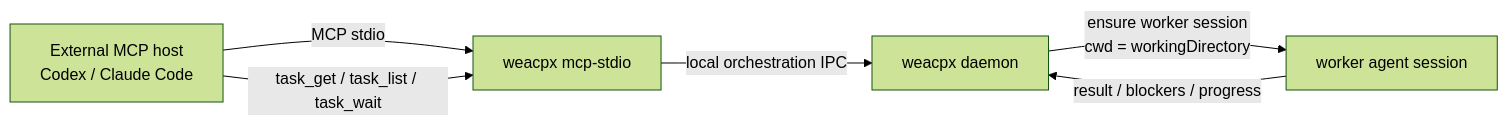
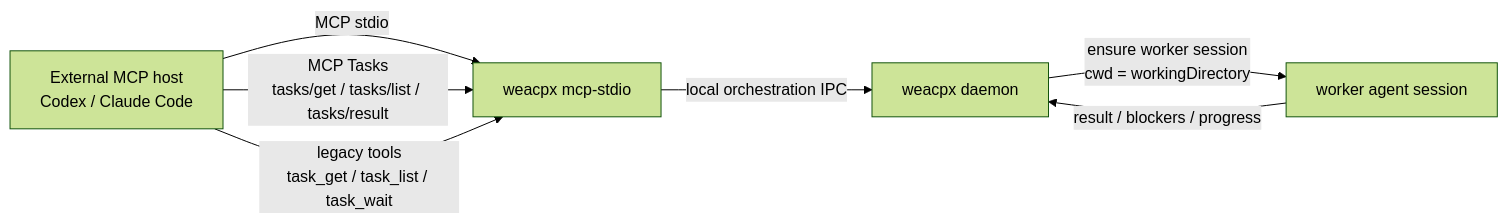
Before and after one commit to gadzan/weacpx: the first of 4 diagrams in docs/external-mcp.md, drawn with Mermaid (forest theme). The commit also changed other lines of this file and 9 other files, not shown here.

Commit message:
Add agent CLI and MCP task support

````diff
--- a/docs/external-mcp.md
+++ b/docs/external-mcp.md
@@ -15,8 +15,9 @@
 ```mermaid
 flowchart LR
   Host[External MCP host<br/>Codex / Claude Code] -->|MCP stdio| Mcp[weacpx mcp-stdio]
   Mcp -->|local orchestration IPC| Daemon[weacpx daemon]
   Daemon -->|ensure worker session<br/>cwd = workingDirectory| Worker[worker agent session]
   Worker -->|result / blockers / progress| Daemon
-  Host -->|task_get / task_list / task_wait| Mcp
+  Host -->|MCP Tasks<br/>tasks/get / tasks/list / tasks/result| Mcp
+  Host -->|legacy tools<br/>task_get / task_list / task_wait| Mcp
 ```
````
